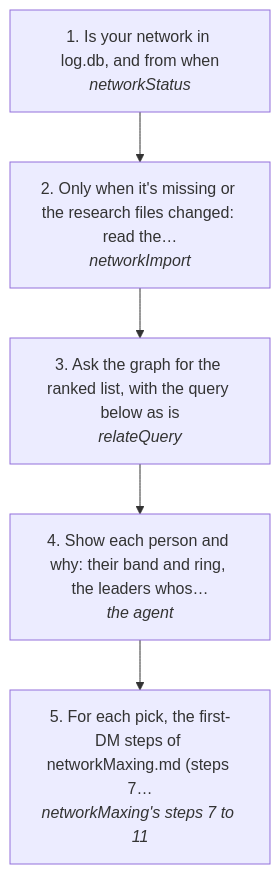
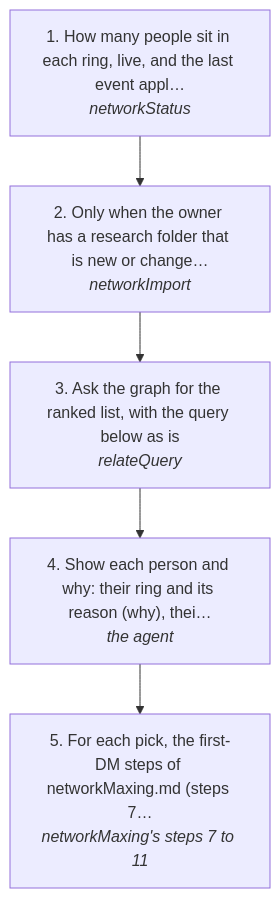
The diagram in docs/useCases/network/whoToTalkTo.md (aggelos-pappas/log), drawn with Mermaid before and after one commit. The commit also changed other lines of this file and 37 other files, not shown here.

First line of the commit message:
feat(network): live rings from every stored event, and the Relate graph updated in place (#272)

````diff
--- a/docs/useCases/network/whoToTalkTo.md
+++ b/docs/useCases/network/whoToTalkTo.md
@@ -14,12 +14,12 @@
 ```mermaid
 flowchart TD
-  s0["1. Is your network in log.db, and from when<br/><i>networkStatus</i>"]
-  s1["2. Only when it's missing or the research files changed: read the…<br/><i>networkImport</i>"]
+  s0["1. How many people sit in each ring, live, and the last event appl…<br/><i>networkStatus</i>"]
+  s1["2. Only when the owner has a research folder that is new or change…<br/><i>networkImport</i>"]
   s2["3. Ask the graph for the ranked list, with the query below as is<br/><i>relateQuery</i>"]
-  s3["4. Show each person and why: their band and ring, the leaders whos…<br/><i>the agent</i>"]
+  s3["4. Show each person and why: their ring and its reason (why), thei…<br/><i>the agent</i>"]
   s4["5. For each pick, the first-DM steps of networkMaxing.md (steps 7…<br/><i>networkMaxing's steps 7 to 11</i>"]
   s0 --> s1
   s1 --> s2
   s2 --> s3
   s3 --> s4
 ```
````
